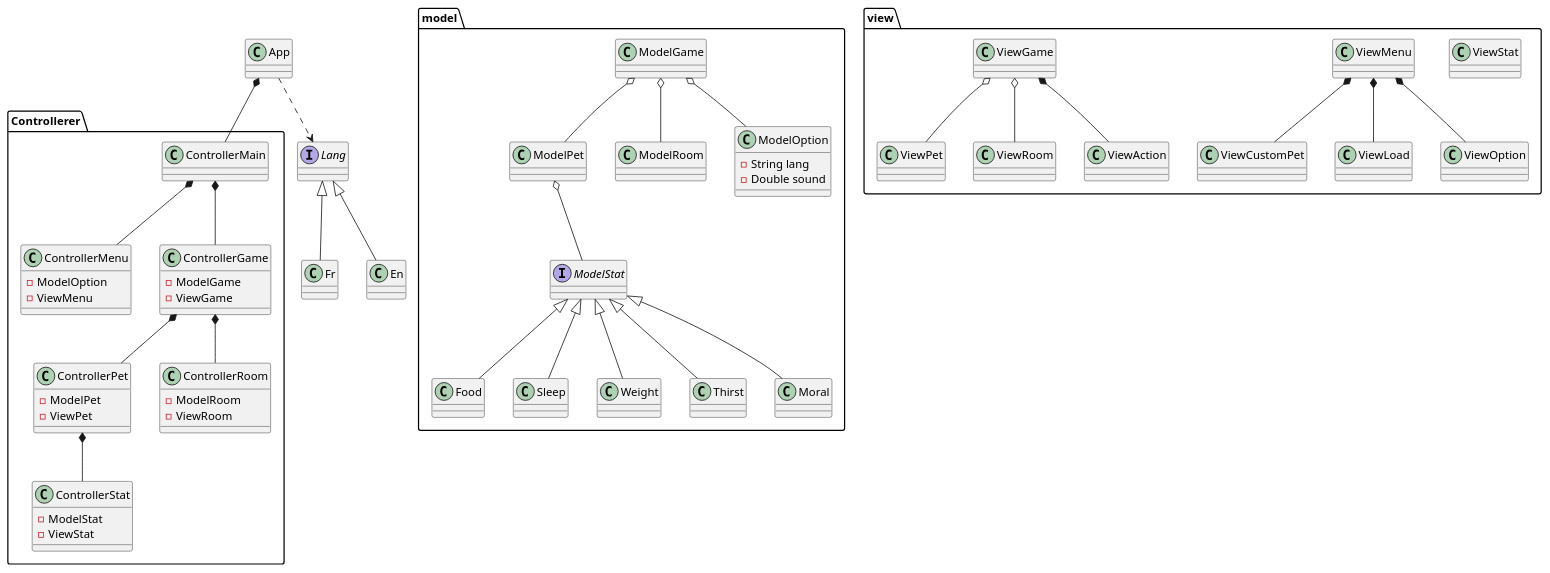
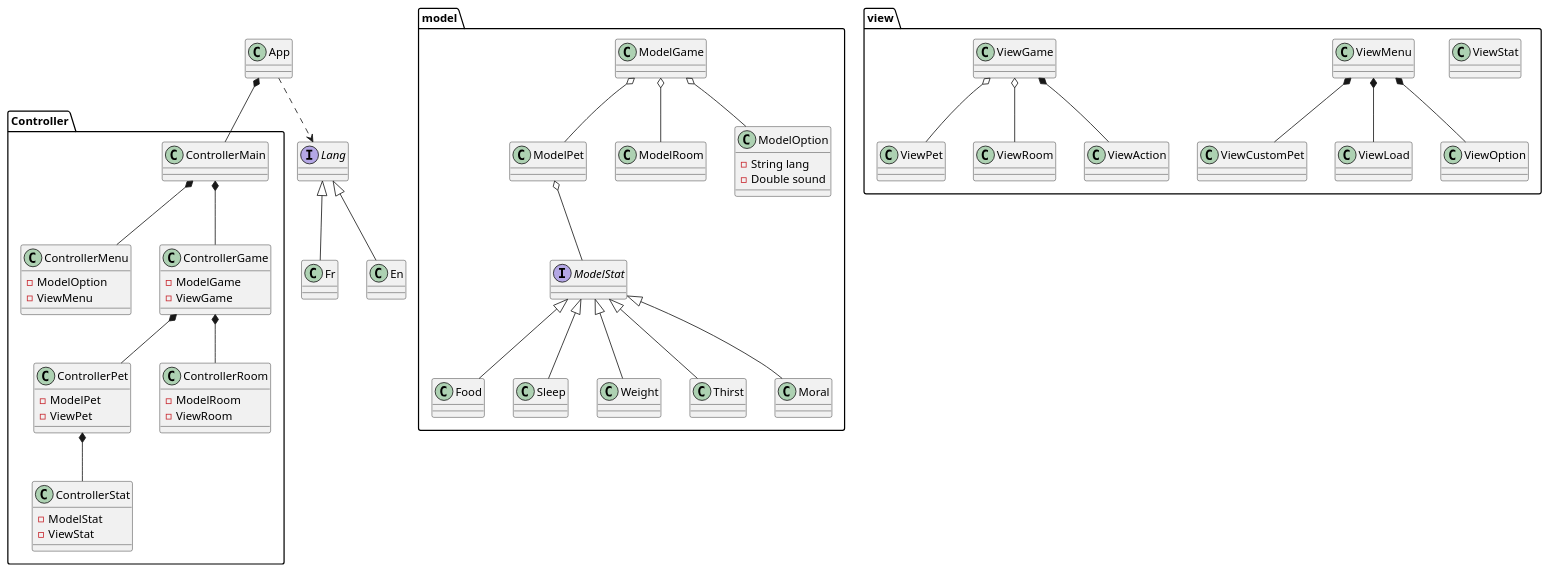
One commit to 83NJAM1/Tamagotchi changed the diagram in diagrams/diagram-class.puml. Above: the diagram before and after it, drawn with PlantUML.

```diff
--- a/diagrams/diagram-class.puml
+++ b/diagrams/diagram-class.puml
@@ -1,90 +1,90 @@
 @startuml
 
 class App
 interface Lang
 App ..> Lang
 class Fr
 Class En
 Lang <|-- Fr
 Lang <|-- En
 
 package model {
     class ModelPet
     interface ModelRoom
     class ModelRoom
     class ModelGame
     class ModelOption {
         -String lang
         -Double sound
     }
     interface ModelStat
     class Food
     class Sleep
     class Weight
     class Thirst
     class Moral
     ModelStat <|-- Food
     ModelStat <|-- Sleep
     ModelStat <|-- Weight
     ModelStat <|-- Thirst
     ModelStat <|-- Moral
     ModelPet o-- ModelStat
     ModelGame o-- ModelPet
     ModelGame o-- ModelRoom
     ModelGame o-- ModelOption
 }
 
 package view {
     class ViewPet
     class ViewRoom
     class ViewStat
     class ViewMenu
     class ViewCustomPet
     class ViewLoad
     class ViewAction
     class ViewOption
     class ViewGame
     
     ViewMenu *-- ViewOption
     ViewMenu *-- ViewCustomPet
     ViewMenu *-- ViewLoad
     ViewGame *-- ViewAction
     ViewGame o-- ViewRoom
     ViewGame o-- ViewPet
 }
 
-package Controllerer {
+package Controller {
     class ControllerMain
     
     class ControllerPet {
         -ModelPet
         -ViewPet
     }
     class ControllerRoom {
         -ModelRoom
         -ViewRoom
     }
     class ControllerStat {
         -ModelStat
         -ViewStat
     }
     class ControllerMenu {
         -ModelOption
         -ViewMenu
     }
     class ControllerGame {
         -ModelGame
         -ViewGame
     }
     
     ControllerPet *-- ControllerStat
     ControllerGame *-- ControllerPet
     ControllerGame *-- ControllerRoom
     ControllerMain *-- ControllerGame 
     ControllerMain *-- ControllerMenu
     
 }
 
 App *-- ControllerMain
 
 @enduml
```
